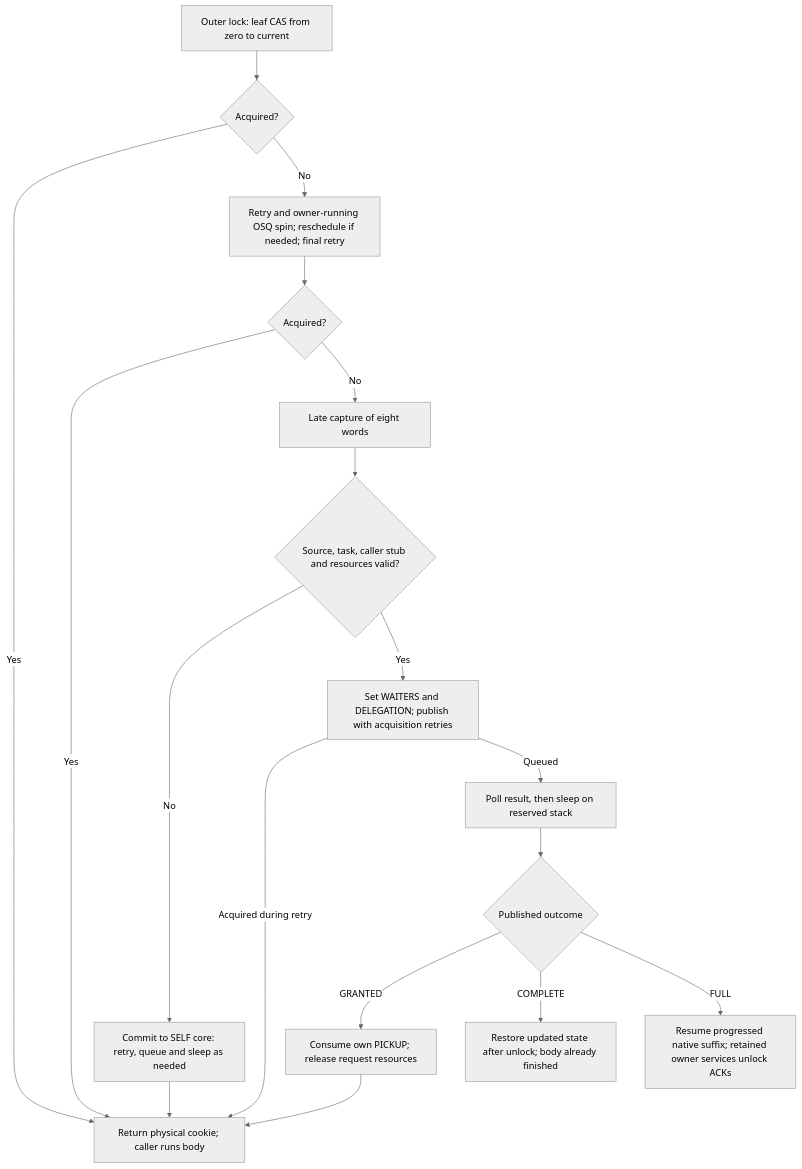
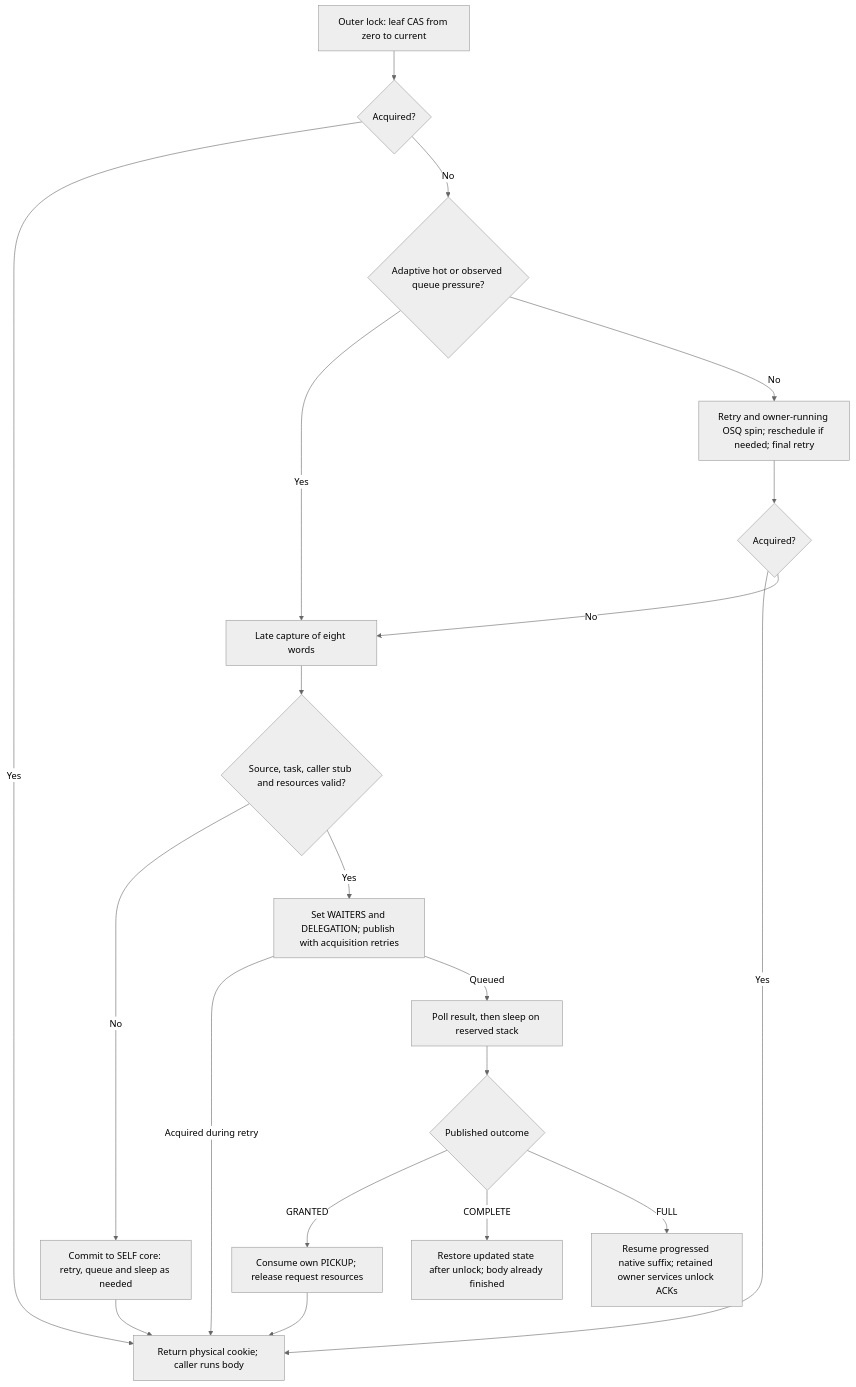
The first of 3 diagrams in docs/design/mutex_implementation.md (hailongeric/kdlock), drawn with Mermaid (neutral theme) before and after one commit. The commit also changed other lines of this file and 81 other files, not shown here.

````diff
--- a/docs/design/mutex_implementation.md
+++ b/docs/design/mutex_implementation.md
@@ -237,20 +281,22 @@
 ```mermaid
 flowchart TD
     Entry[Outer lock: leaf CAS from zero to current] --> Fast{Acquired?}
     Fast -->|Yes| Self[Return physical cookie; caller runs body]
-    Fast -->|No| Local[Retry and owner-running OSQ spin; reschedule if needed; final retry]
+    Fast -->|No| Pressure{Adaptive hot or observed queue pressure?}
+    Pressure -->|Yes| Capture
+    Pressure -->|No| Local[Retry and owner-running OSQ spin; reschedule if needed; final retry]
     Local --> LocalOK{Acquired?}
     LocalOK -->|Yes| Self
     LocalOK -->|No| Capture[Late capture of eight words]
     Capture --> Eligible{Source, task, caller stub and resources valid?}
     Eligible -->|No| Sleep[Commit to SELF core: retry, queue and sleep as needed]
     Sleep --> Self
     Eligible -->|Yes| Publish[Set WAITERS and DELEGATION; publish with acquisition retries]
     Publish -->|Acquired during retry| Self
     Publish -->|Queued| Wait[Poll result, then sleep on reserved stack]
     Wait --> Outcome{Published outcome}
     Outcome -->|GRANTED| Pickup[Consume own PICKUP; release request resources]
     Pickup --> Self
     Outcome -->|COMPLETE| Complete[Restore updated state after unlock; body already finished]
     Outcome -->|FULL| Full[Resume progressed native suffix; retained owner services unlock ACKs]
 ```
````
